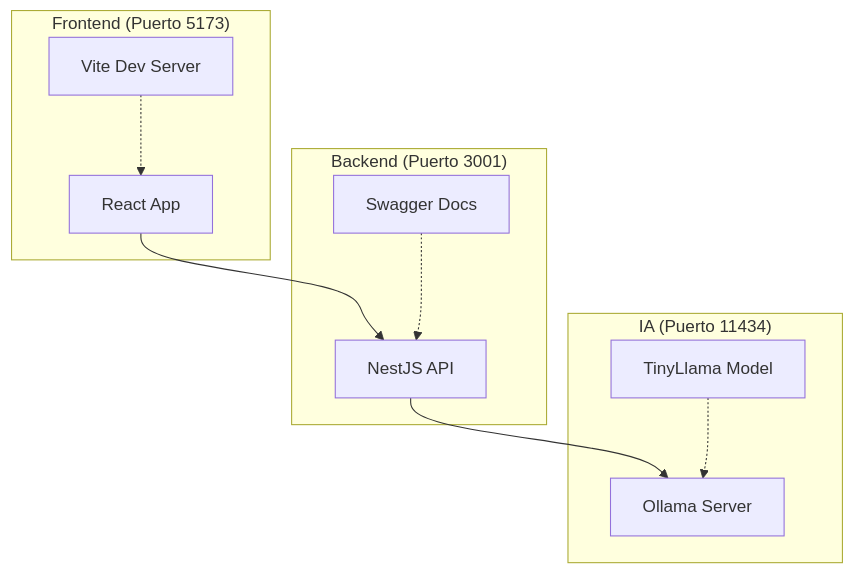
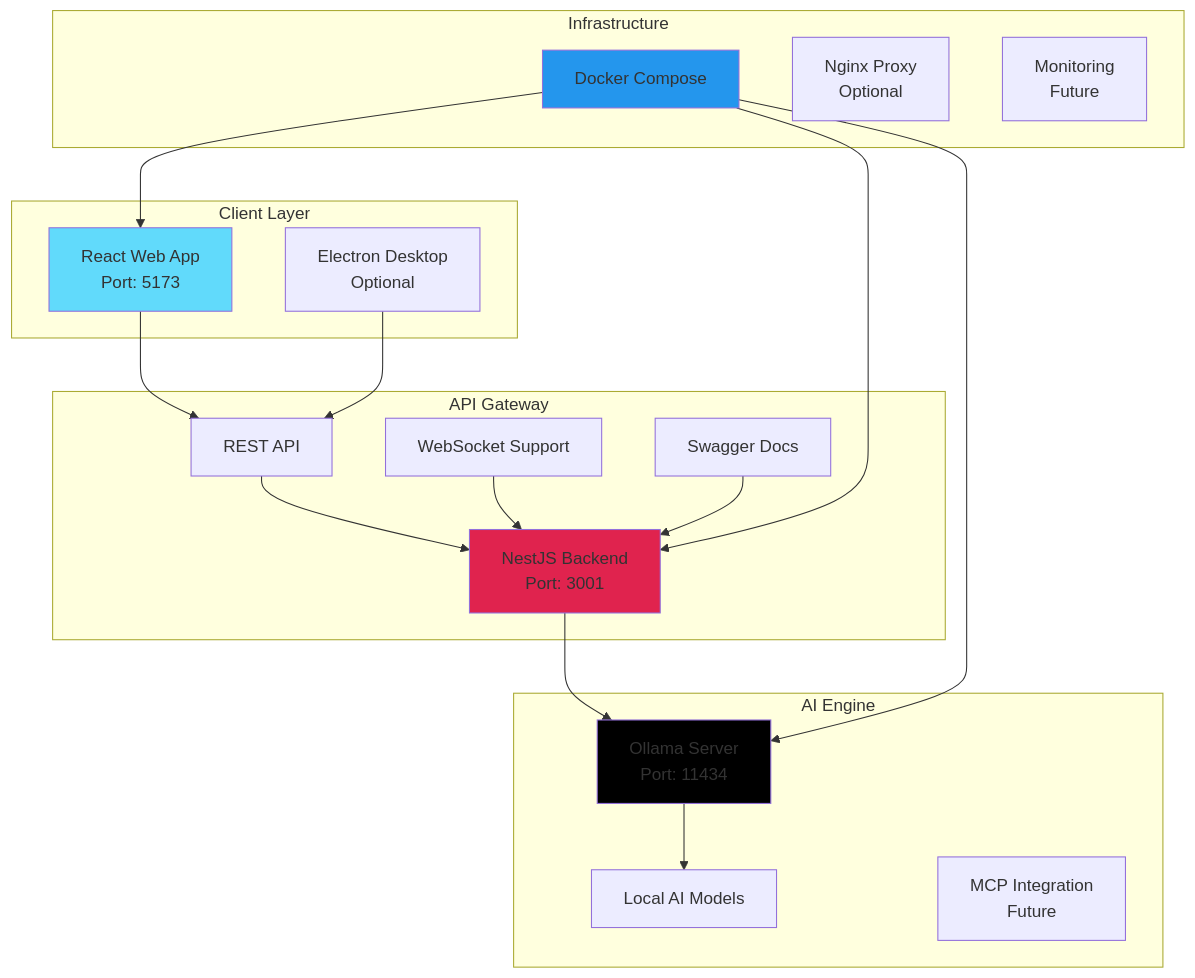
One commit to ZenoFoundry/expertmind-monorepo changed the diagram in README.md. Above: the diagram before and after it, drawn with Mermaid. The commit also changed other lines of this file and 3 other files, not shown here.

````diff
--- a/README.md
+++ b/README.md
@@ -29,23 +33,42 @@
 ```mermaid
 graph TB
-    subgraph "Frontend (Puerto 5173)"
-        A[React App]
-        B[Vite Dev Server]
+    subgraph "Client Layer"
+        A[React Web App<br/>Port: 5173]
+        B[Electron Desktop<br/>Optional]
     end
     
-    subgraph "Backend (Puerto 3001)"
-        C[NestJS API]
-        D[Swagger Docs]
+    subgraph "API Gateway"
+        C[NestJS Backend<br/>Port: 3001]
+        D[REST API]
+        E[WebSocket Support]
+        F[Swagger Docs]
     end
     
-    subgraph "IA (Puerto 11434)"
-        E[Ollama Server]
-        F[TinyLlama Model]
+    subgraph "AI Engine"
+        G[Ollama Server<br/>Port: 11434]
+        H[Local AI Models]
+        I[MCP Integration<br/>Future]
     end
     
-    A --> C
-    C --> E
-    B -.-> A
-    D -.-> C
-    F -.-> E
+    subgraph "Infrastructure"
+        J[Docker Compose]
+        K[Nginx Proxy<br/>Optional]
+        L[Monitoring<br/>Future]
+    end
+    
+    A --> D
+    B --> D
+    D --> C
+    C --> G
+    E --> C
+    F --> C
+    G --> H
+    J --> A
+    J --> C
+    J --> G
+    
+    style A fill:#61dafb
+    style C fill:#e0234e
+    style G fill:#000000
+    style J fill:#2496ed
 ```
````
